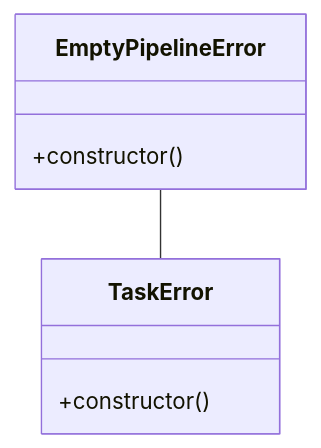
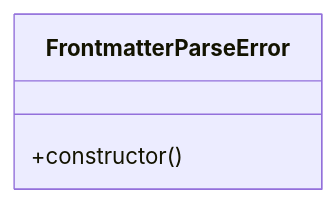
One commit to eduardoabreu81/livewiki changed the diagram in livewiki/diagrams/core-src-04.classes.mmd. Above: the diagram before and after it, drawn with Mermaid. The commit also changed 56 other files, not shown here.

```diff
--- a/livewiki/diagrams/core-src-04.classes.mmd
+++ b/livewiki/diagrams/core-src-04.classes.mmd
@@ -1,10 +1,5 @@
-%%{init: {"themeCSS": ".relation { stroke: transparent !important; }"}}%%
 classDiagram
   direction TB
-  class class_1["EmptyPipelineError"] {
+  class class_1["FrontmatterParseError"] {
     +constructor()
   }
-  class class_2["TaskError"] {
-    +constructor()
-  }
-  class_1 -- class_2
```
